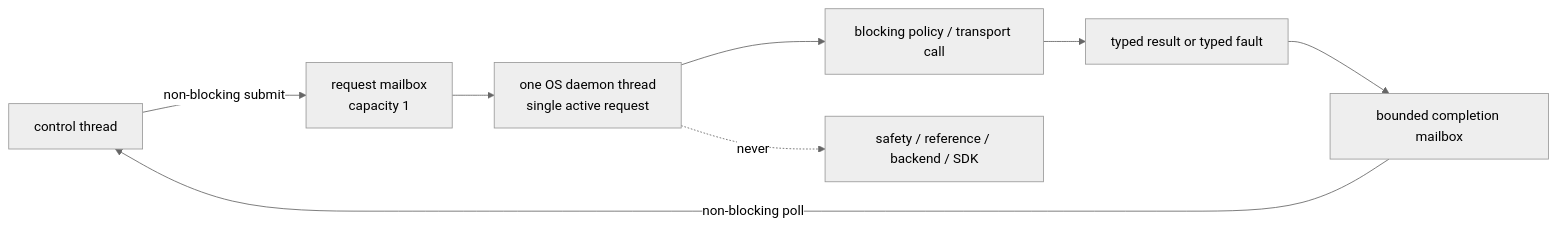
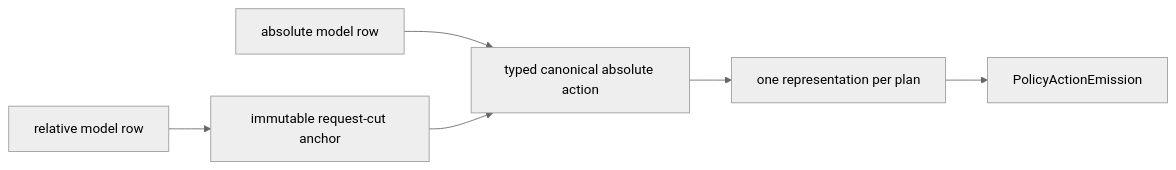
The fifth of 8 diagrams in docs/architecture/dexteleop_rtc_visual_guide.md (xiaopangxiexyg/AgenticRobot), drawn with Mermaid (neutral theme) before and after one commit. The commit also changed other lines of this file and 2 other files, not shown here.

````diff
--- a/docs/architecture/dexteleop_rtc_visual_guide.md
+++ b/docs/architecture/dexteleop_rtc_visual_guide.md
@@ -455,11 +149,8 @@
 ```mermaid
 flowchart LR
-    Control["control thread"] -->|"non-blocking submit"| Request["request mailbox\ncapacity 1"]
-    Request --> Worker["one OS daemon thread\nsingle active request"]
-    Worker --> Executor["blocking policy / transport call"]
-    Executor --> Result["typed result or typed fault"]
-    Result --> Mail["bounded completion mailbox"]
-    Mail -->|"non-blocking poll"| Control
-
-    Worker -. "never" .-> NoSafety["safety / reference / backend / SDK"]
+    Abs["absolute model row"] --> Canon["typed canonical absolute action"]
+    Rel["relative model row"] --> Anchor["immutable request-cut anchor"]
+    Anchor --> Canon
+    Canon --> Plan["one representation per plan"]
+    Plan --> Emit["PolicyActionEmission"]
 ```
````
